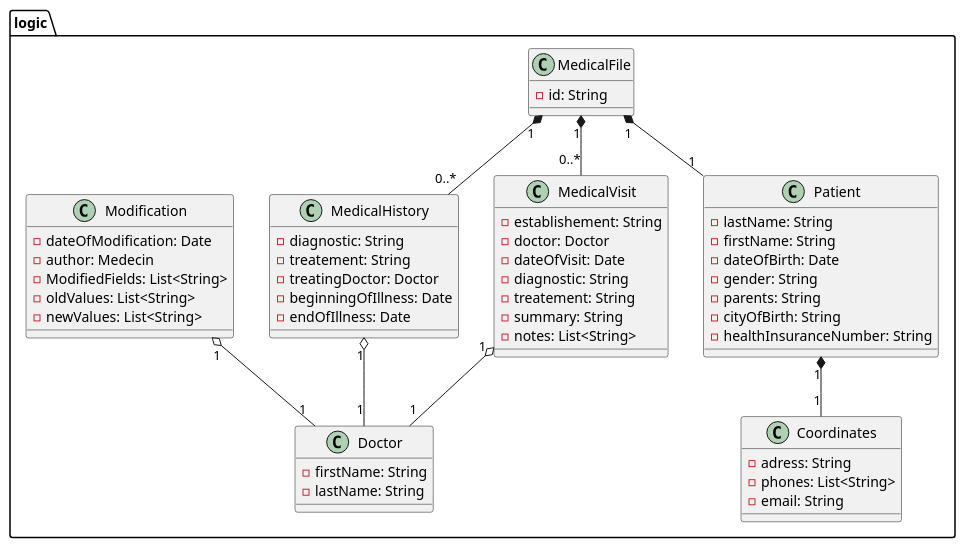
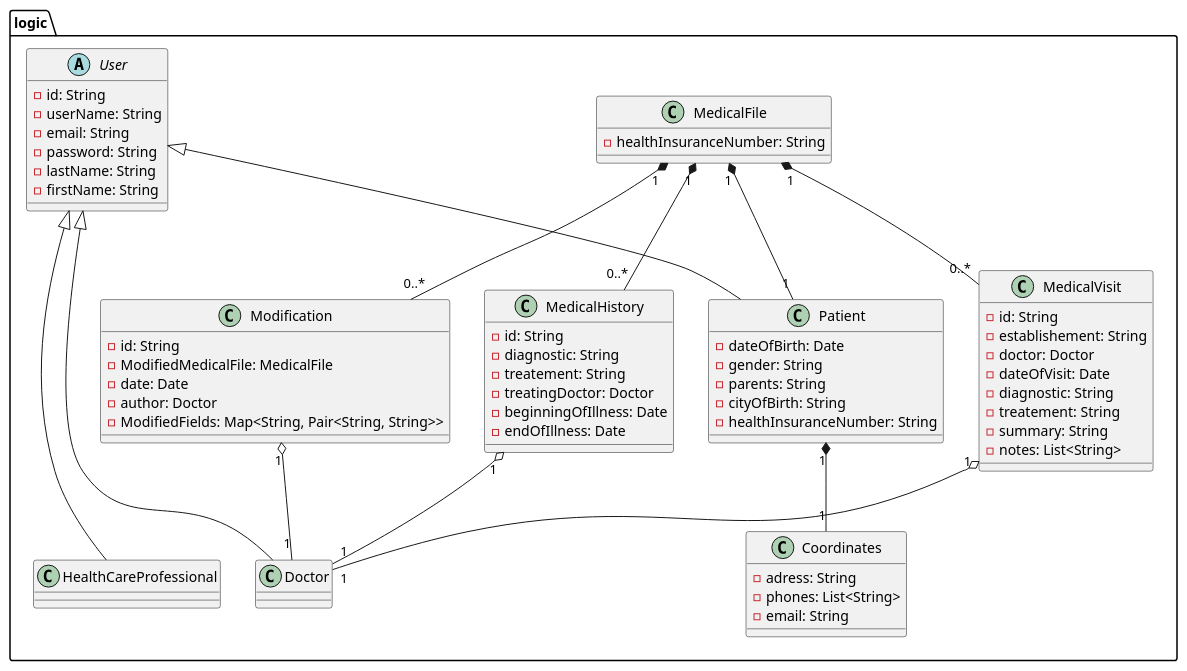
Before and after one commit to KevenJAntenor/Quebec-Centralized-Medical-Record-System: the diagram in plantUml/class-logic.puml, drawn with PlantUML.

Commit message:
Modify class diag

```diff
--- a/plantUml/class-logic.puml
+++ b/plantUml/class-logic.puml
@@ -1,69 +1,86 @@
 @startuml
 
 package "logic"{
 
-class Patient {
-  -lastName: String
-  -firstName: String
-  -dateOfBirth: Date
-  -gender: String
-  -parents: String
-  -cityOfBirth: String
-  -healthInsuranceNumber: String
+' User is abstract class
+  abstract class User {
+    -id: String
+    -userName: String
+    -email: String
+    -password: String
+    -lastName: String
+    -firstName: String
+  }
+together{
+  class Patient extends User {
+    -dateOfBirth: Date
+    -gender: String
+    -parents: String
+    -cityOfBirth: String
+    -healthInsuranceNumber: String
+  }
+
+
+  class Coordinates {
+    -adress: String
+    -phones: List<String>
+    -email: String
+  }
+
+  class MedicalFile {
+    -healthInsuranceNumber: String
+  }
+
+  class MedicalHistory {
+    -id: String
+    -diagnostic: String
+    -treatement: String
+    -treatingDoctor: Doctor
+    -beginningOfIllness: Date
+    -endOfIllness: Date
+  }
+
+  class MedicalVisit {
+    -id: String
+    -establishement: String
+    -doctor: Doctor
+    -dateOfVisit: Date
+    -diagnostic: String
+    -treatement: String
+    -summary: String
+    -notes: List<String>
+  }
 }
 
-class Coordinates {
-  -adress: String
-  -phones: List<String>
-  -email: String
+together{
+  class Doctor extends User {
+  }
+
+  class HealthCareProfessional extends User {
+  }
 }
 
-class MedicalHistory {
-  -diagnostic: String
-  -treatement: String
-  -treatingDoctor: Doctor
-  -beginningOfIllness: Date
-  -endOfIllness: Date
+  class Modification {
+    -id: String
+    -ModifiedMedicalFile: MedicalFile
+    -date: Date
+    -author: Doctor
+    -ModifiedFields: Map<String, Pair<String, String>>
+  }
 }
 
-class MedicalVisit {
-  -establishement: String
-  -doctor: Doctor
-  -dateOfVisit: Date
-  -diagnostic: String
-  -treatement: String
-  -summary: String
-  -notes: List<String>
-}
 
-class MedicalFile {
-  -id: String
-}
-
-class Doctor {
-  -firstName: String
-  -lastName: String
-}
-
-class Modification {
-  -dateOfModification: Date
-  -author: Medecin
-  -ModifiedFields: List<String>
-  -oldValues: List<String>
-  -newValues: List<String>
-}
-}
-
-' medical file has a patient and a list of medical visits and medical history
 Patient "1" *-- "1" Coordinates
 
 MedicalFile "1" *-- "1" Patient
 MedicalFile "1" *-- "0..*" MedicalVisit
 MedicalFile "1" *-- "0..*" MedicalHistory
 
 MedicalVisit "1" o-- "1" Doctor
 MedicalHistory "1" o-- "1" Doctor
 Modification "1" o-- "1" Doctor
 
+MedicalFile "1" *-- "0..*" Modification
+
 
 @enduml
```
